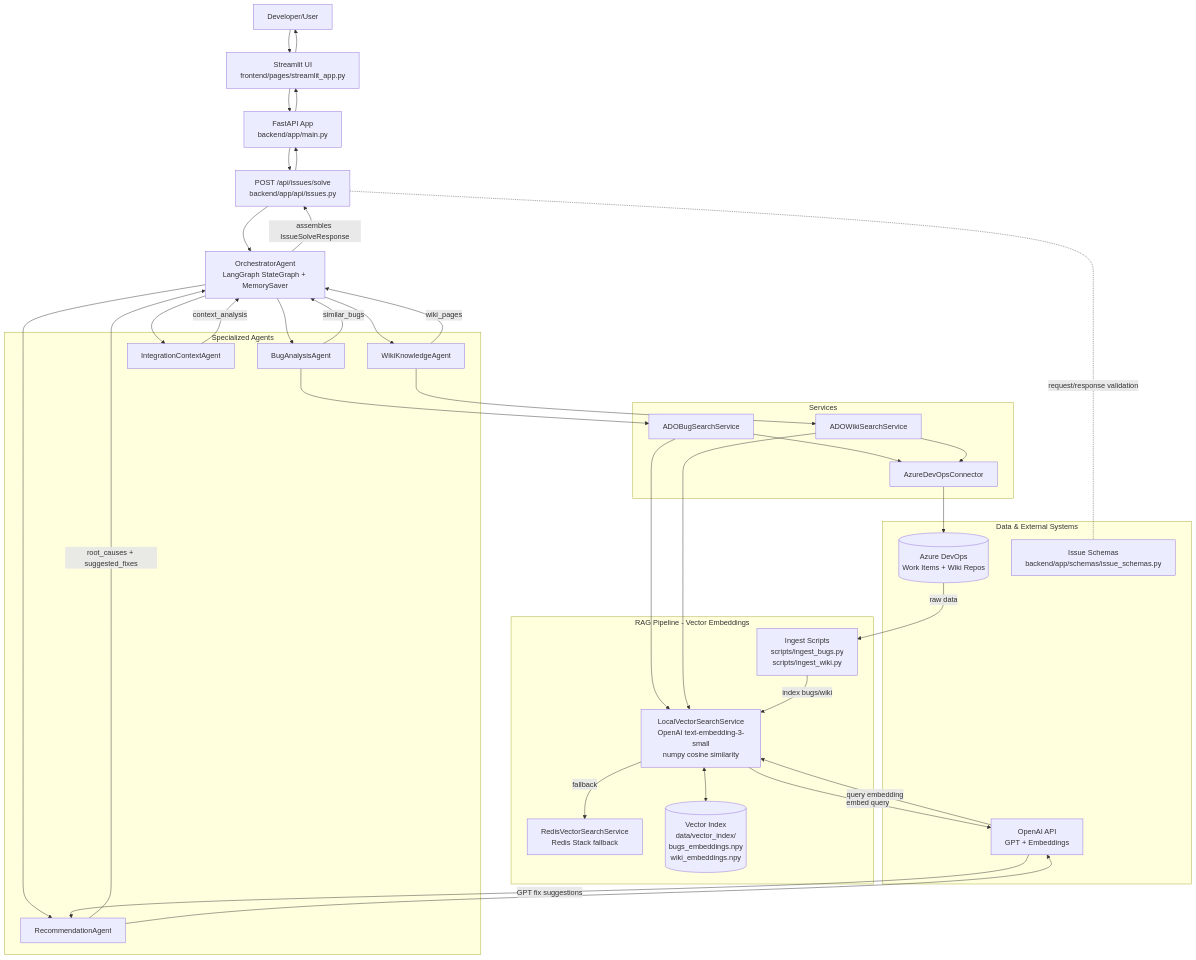
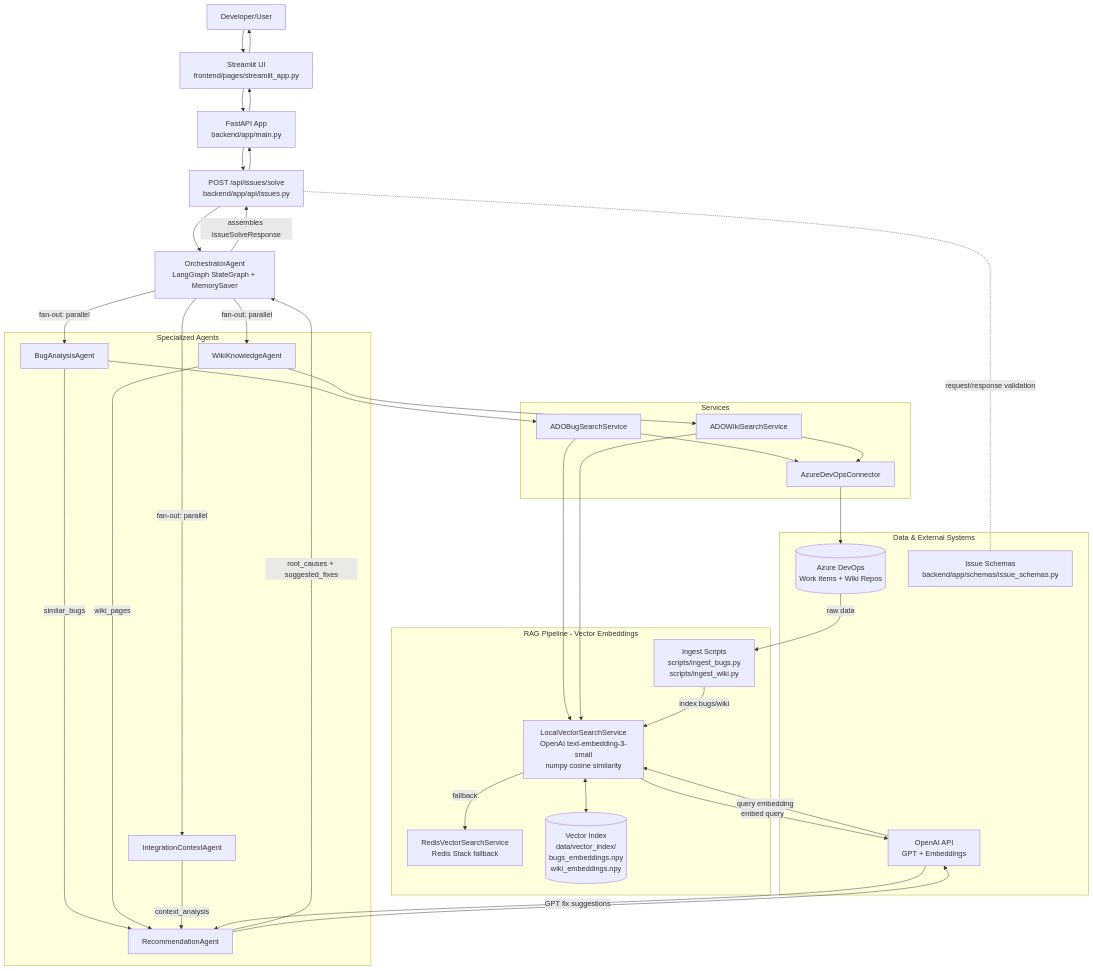
One commit to mbighane/ErrorLens--AI-Powered-Issue-Advisor changed the diagram in README.md. Above: the diagram before and after it, drawn with Mermaid. The commit also changed other lines of this file and 1 other file, not shown here.

Commit message:
docs: update workflow diagrams to reflect parallel agent execution

````diff
--- a/README.md
+++ b/README.md
@@ -257,66 +260,65 @@
 ```mermaid
 graph TB
   U[Developer/User]
   ST[Streamlit UI<br/>frontend/pages/streamlit_app.py]
   API[FastAPI App<br/>backend/app/main.py]
   EP[POST /api/issues/solve<br/>backend/app/api/issues.py]
   ORCH[OrchestratorAgent<br/>LangGraph StateGraph + MemorySaver]
 
   subgraph AG[Specialized Agents]
     BA[BugAnalysisAgent]
     WA[WikiKnowledgeAgent]
     CA[IntegrationContextAgent]
     RA[RecommendationAgent]
   end
 
   subgraph SV[Services]
     BS[ADOBugSearchService]
     WS[ADOWikiSearchService]
     ADOC[AzureDevOpsConnector]
   end
 
   subgraph RAG[RAG Pipeline - Vector Embeddings]
     LV[LocalVectorSearchService<br/>OpenAI text-embedding-3-small<br/>numpy cosine similarity]
     RV[RedisVectorSearchService<br/>Redis Stack fallback]
     VI[(Vector Index<br/>data/vector_index/<br/>bugs_embeddings.npy<br/>wiki_embeddings.npy)]
     ING[Ingest Scripts<br/>scripts/ingest_bugs.py<br/>scripts/ingest_wiki.py]
   end
 
   subgraph DM[Data & External Systems]
     ADO[(Azure DevOps<br/>Work Items + Wiki Repos)]
     OPENAI[OpenAI API<br/>GPT + Embeddings]
     SC[Issue Schemas<br/>backend/app/schemas/issue_schemas.py]
   end
 
   U --> ST --> API --> EP --> ORCH
   EP -. request/response validation .- SC
 
-  ORCH --> BA
-  ORCH --> WA
-  ORCH --> CA
-  ORCH --> RA
+  ORCH -->|fan-out: parallel| BA
+  ORCH -->|fan-out: parallel| WA
+  ORCH -->|fan-out: parallel| CA
 
   BA --> BS
   WA --> WS
 
-  BA -- similar_bugs --> ORCH
-  WA -- wiki_pages --> ORCH
-  CA -- context_analysis --> ORCH
+  BA -- similar_bugs --> RA
+  WA -- wiki_pages --> RA
+  CA -- context_analysis --> RA
   RA -- root_causes + suggested_fixes --> ORCH
   ORCH -- assembles IssueSolveResponse --> EP
 
   BS --> LV
   WS --> LV
   LV -- embed query --> OPENAI
   OPENAI -- query embedding --> LV
   LV <--> VI
   LV -- fallback --> RV
   BS --> ADOC --> ADO
   WS --> ADOC
   ING -- index bugs/wiki --> LV
   ADO -- raw data --> ING
 
   RA --> OPENAI
   OPENAI -- GPT fix suggestions --> RA
   EP --> API --> ST --> U
 ```
````
